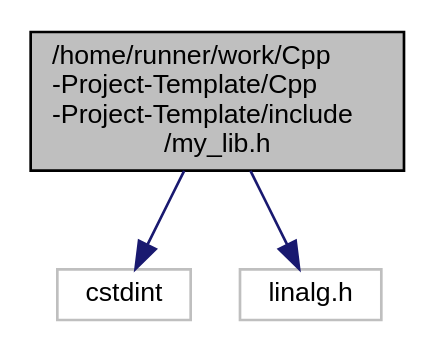
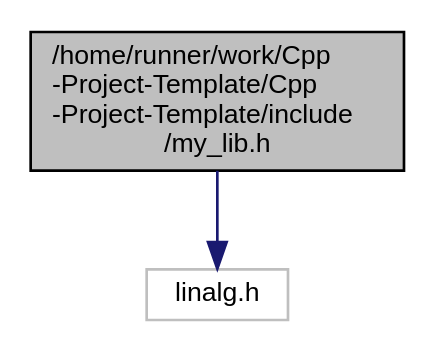
The diagram in my__lib_8h__incl.dot (franneck94/CppProjectTemplate), drawn with Graphviz before and after one commit. The commit also changed 29 other files, not shown here.

```diff
--- a/my__lib_8h__incl.dot
+++ b/my__lib_8h__incl.dot
@@ -1,10 +1,8 @@
 digraph "/home/runner/work/Cpp-Project-Template/Cpp-Project-Template/include/my_lib.h"
 {
   edge [fontname="Helvetica",fontsize="10",labelfontname="Helvetica",labelfontsize="10"];
   node [fontname="Helvetica",fontsize="10",shape=record];
   Node0 [label="/home/runner/work/Cpp\l-Project-Template/Cpp\l-Project-Template/include\l/my_lib.h",height=0.2,width=0.4,color="black", fillcolor="grey75", style="filled", fontcolor="black"];
   Node0 -> Node1 [color="midnightblue",fontsize="10",style="solid",fontname="Helvetica"];
-  Node1 [label="cstdint",height=0.2,width=0.4,color="grey75", fillcolor="white", style="filled"];
-  Node0 -> Node2 [color="midnightblue",fontsize="10",style="solid",fontname="Helvetica"];
-  Node2 [label="linalg.h",height=0.2,width=0.4,color="grey75", fillcolor="white", style="filled"];
+  Node1 [label="linalg.h",height=0.2,width=0.4,color="grey75", fillcolor="white", style="filled"];
 }
```
